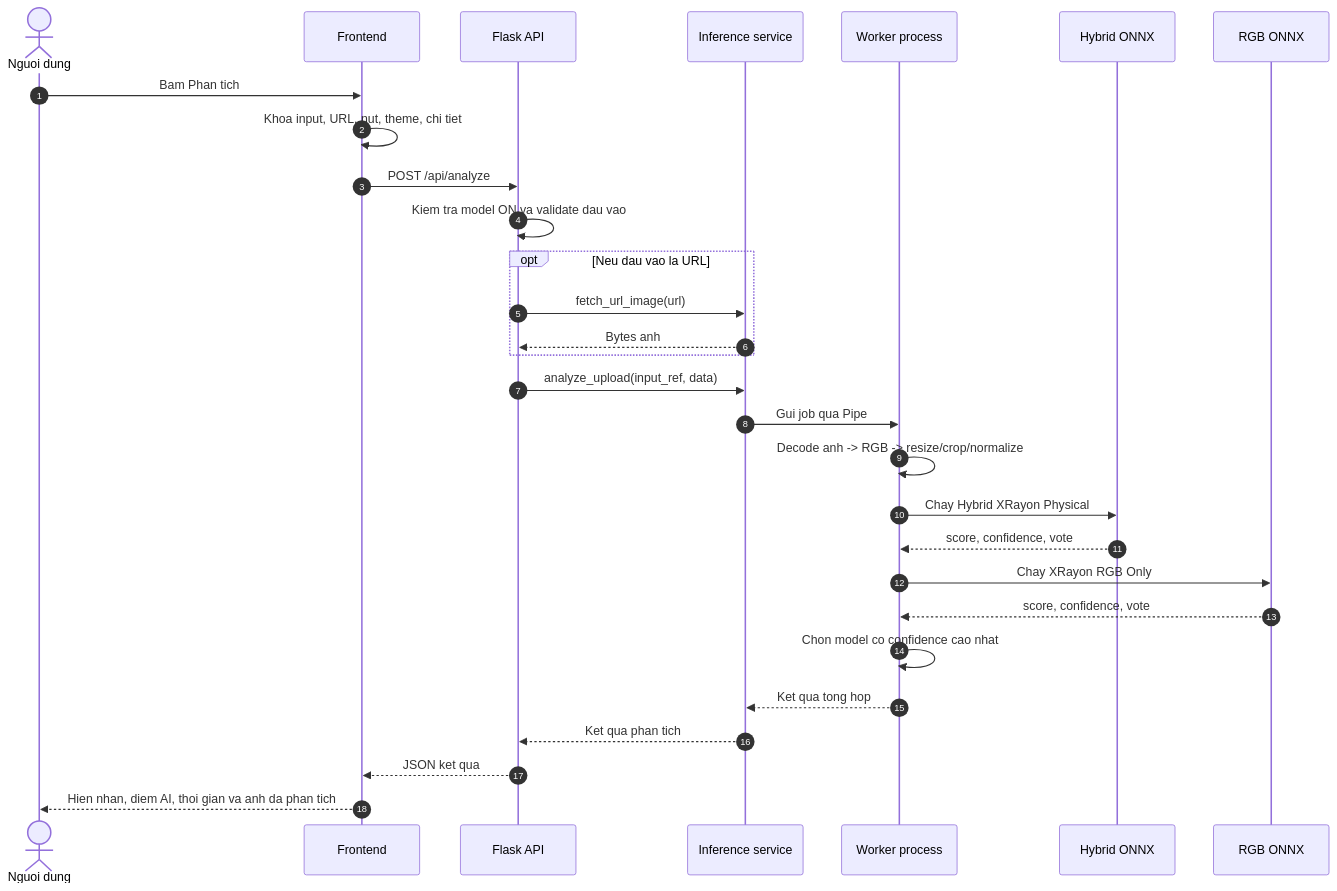
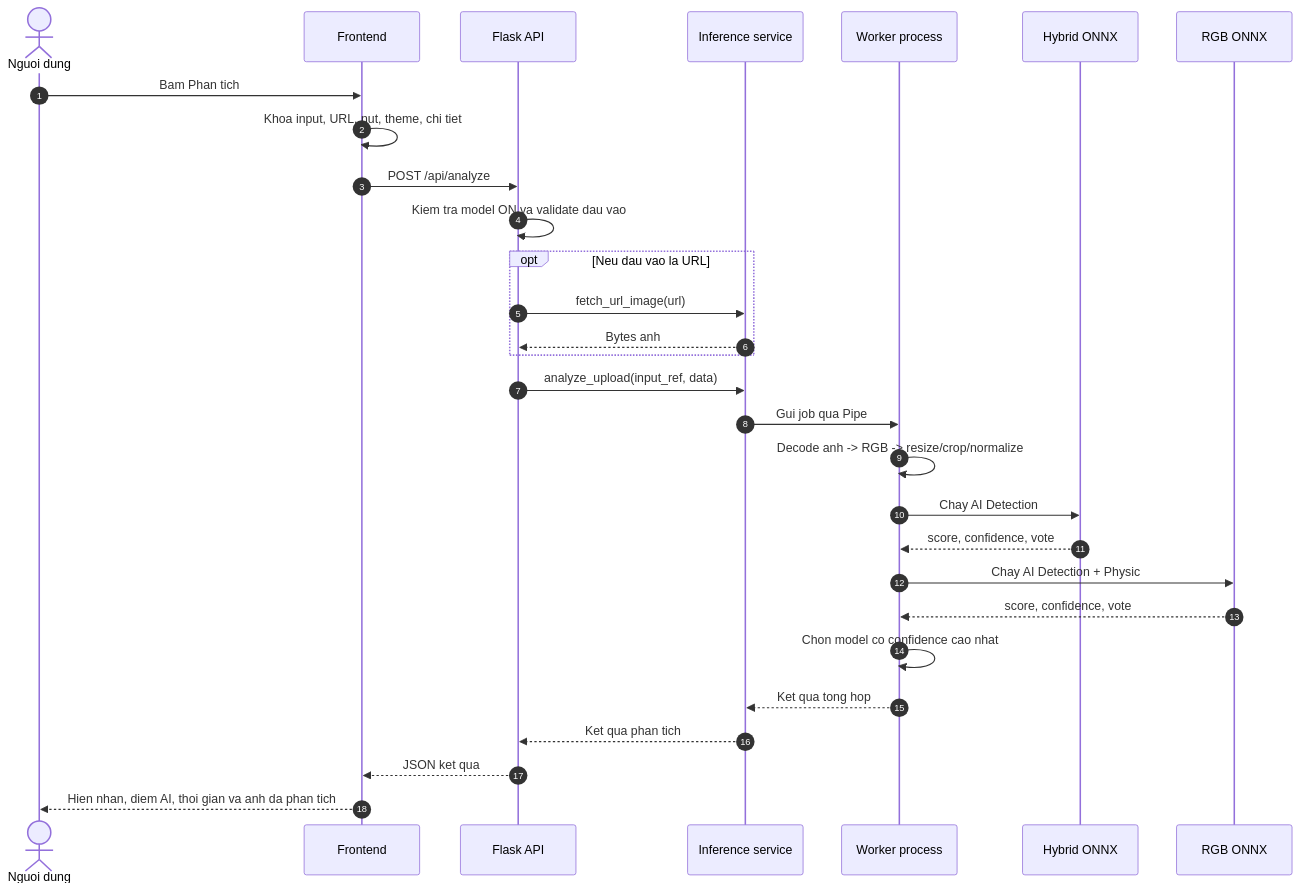
The third of 4 diagrams in docs/system_sequences.md (chtr302/ai_generated_image_detection), drawn with Mermaid before and after one commit. The commit also changed 3 other files, not shown here.

````diff
--- a/docs/system_sequences.md
+++ b/docs/system_sequences.md
@@ -83,34 +83,34 @@
 ```mermaid
 sequenceDiagram
     autonumber
     actor User as Nguoi dung
     participant UI as Frontend
     participant API as Flask API
     participant INF as Inference service
     participant WK as Worker process
     participant M1 as Hybrid ONNX
     participant M2 as RGB ONNX
 
     User->>UI: Bam Phan tich
     UI->>UI: Khoa input, URL, nut, theme, chi tiet
     UI->>API: POST /api/analyze
     API->>API: Kiem tra model ON va validate dau vao
 
     opt Neu dau vao la URL
         API->>INF: fetch_url_image(url)
         INF-->>API: Bytes anh
     end
 
     API->>INF: analyze_upload(input_ref, data)
     INF->>WK: Gui job qua Pipe
     WK->>WK: Decode anh -> RGB -> resize/crop/normalize
-    WK->>M1: Chay Hybrid XRayon Physical
+    WK->>M1: Chay AI Detection
     M1-->>WK: score, confidence, vote
-    WK->>M2: Chay XRayon RGB Only
+    WK->>M2: Chay AI Detection + Physic
     M2-->>WK: score, confidence, vote
     WK->>WK: Chon model co confidence cao nhat
     WK-->>INF: Ket qua tong hop
     INF-->>API: Ket qua phan tich
     API-->>UI: JSON ket qua
     UI-->>User: Hien nhan, diem AI, thoi gian va anh da phan tich
 ```
````
